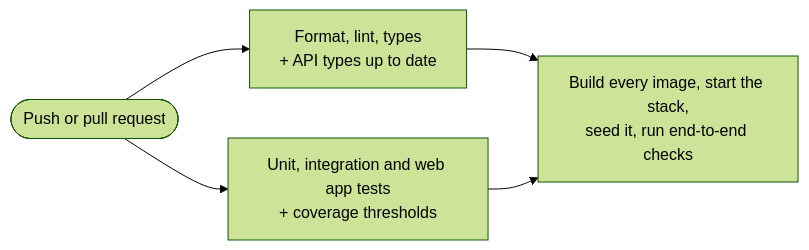
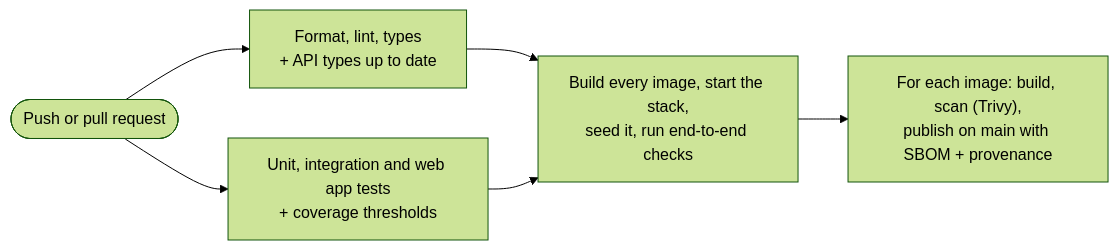
Before and after one commit to JuliaLavagnini/library-platform: the second of 2 diagrams in README.md, drawn with Mermaid (forest theme). The commit also changed other lines of this file, not shown here.

Commit message:
document image scanning and publishing

````diff
--- a/README.md
+++ b/README.md
@@ -276,7 +276,8 @@
 ```mermaid
 flowchart LR
     push([Push or pull request]) --> quality & test
     quality["Format, lint, types<br/>+ API types up to date"] --> e2e
     test["Unit, integration and web app tests<br/>+ coverage thresholds"] --> e2e
-    e2e["Build every image, start the stack,<br/>seed it, run end-to-end checks"]
+    e2e["Build every image, start the stack,<br/>seed it, run end-to-end checks"] --> images
+    images["For each image: build, scan (Trivy),<br/>publish on main with SBOM + provenance"]
 ```
````
